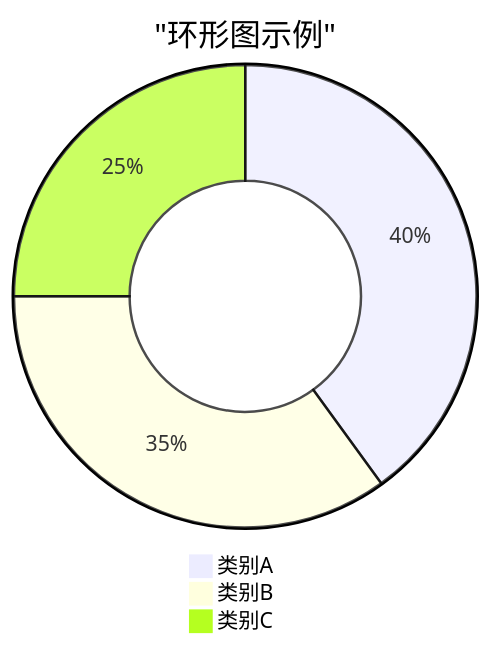
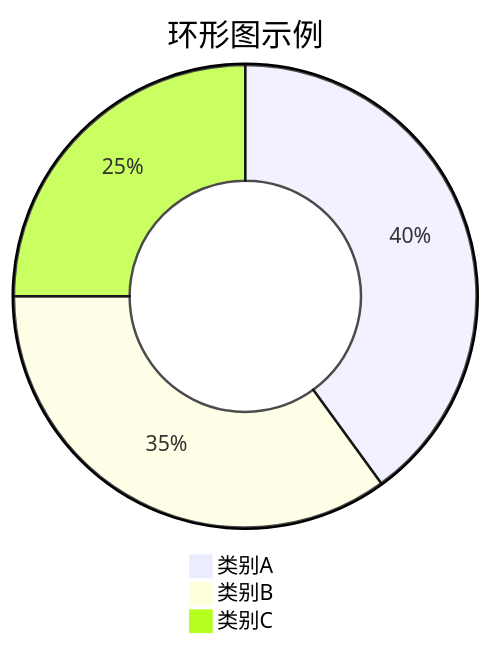
Before and after one commit to xinetzone/SpecWeave: the fifth of 10 diagrams in .agents/docs/knowledge/learning/04-docs-markup-tooling/mermaid-wiki/05-aggregate-diagrams.md, drawn with Mermaid. The commit also changed other lines of this file and 4 other files, not shown here.

Commit message:
docs(mermaid): 修复mermaid-wiki语法错误，沉淀引号规则清单 [prevent: rule-update]

````diff
--- a/.agents/docs/knowledge/learning/04-docs-markup-tooling/mermaid-wiki/05-aggregate-diagrams.md
+++ b/.agents/docs/knowledge/learning/04-docs-markup-tooling/mermaid-wiki/05-aggregate-diagrams.md
@@ -121,12 +121,12 @@
 ```mermaid
 ---
 config:
   pie:
     donutHole: 0.5
     legendPosition: bottom
 ---
-pie title "环形图示例"
+pie title 环形图示例
     "类别A" : 40
     "类别B" : 35
     "类别C" : 25
 ```
````
